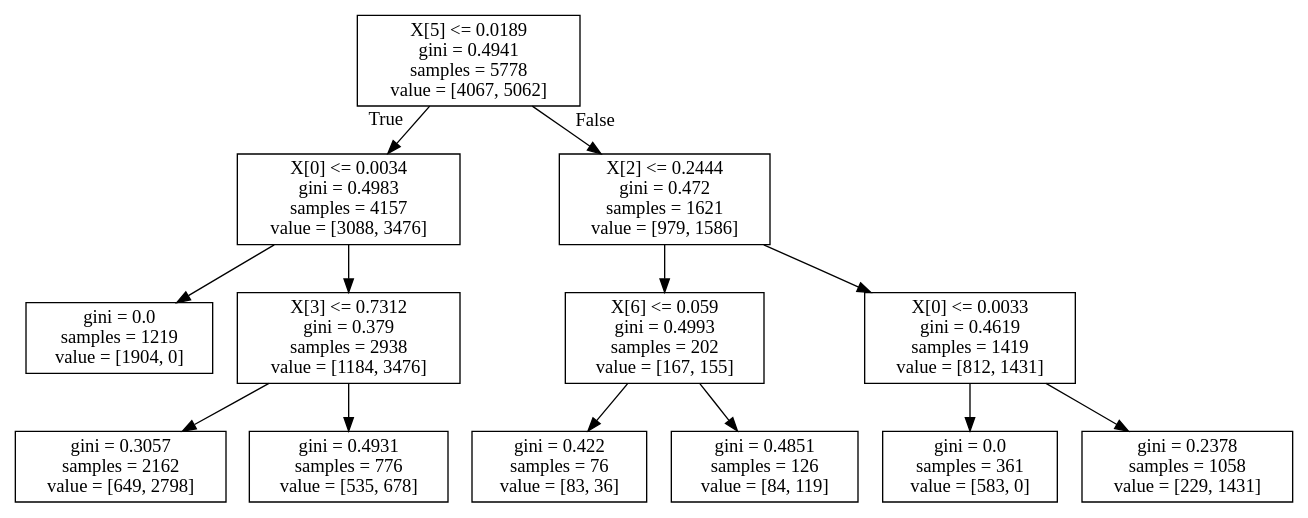
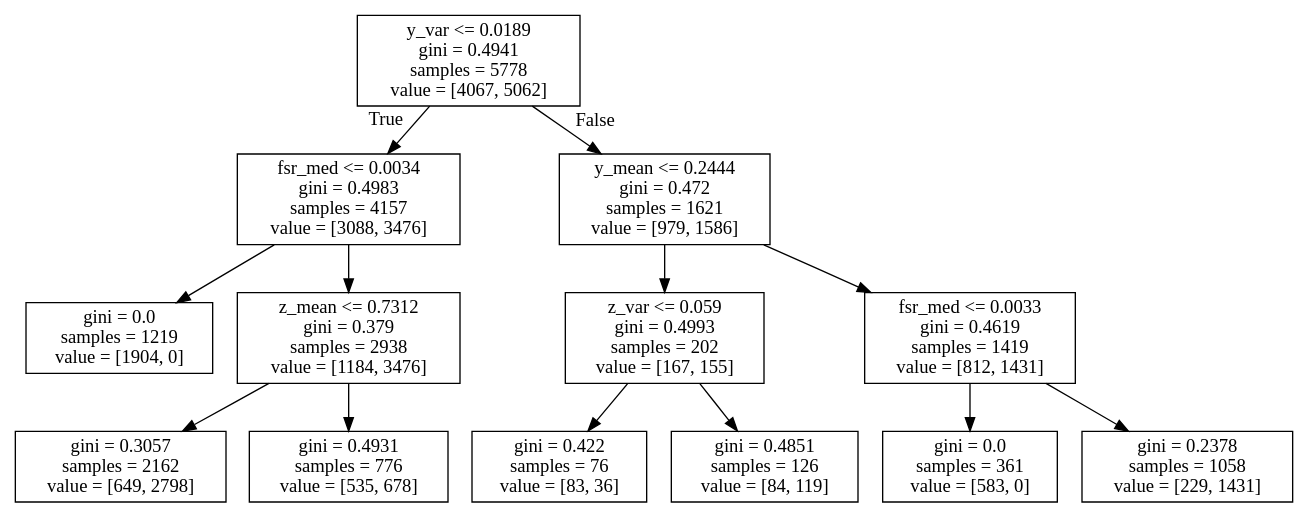
One commit to dannygosain1/goyo changed the diagram in dip/random_forest_renders/tree_7.dot. Above: the diagram before and after it, drawn with Graphviz. The commit also changed 9 other files, not shown here.

```diff
--- a/dip/random_forest_renders/tree_7.dot
+++ b/dip/random_forest_renders/tree_7.dot
@@ -1,28 +1,28 @@
 digraph Tree {
 node [shape=box] ;
-0 [label="X[5] <= 0.0189\ngini = 0.4941\nsamples = 5778\nvalue = [4067, 5062]"] ;
-1 [label="X[0] <= 0.0034\ngini = 0.4983\nsamples = 4157\nvalue = [3088, 3476]"] ;
+0 [label="y_var <= 0.0189\ngini = 0.4941\nsamples = 5778\nvalue = [4067, 5062]"] ;
+1 [label="fsr_med <= 0.0034\ngini = 0.4983\nsamples = 4157\nvalue = [3088, 3476]"] ;
 0 -> 1 [labeldistance=2.5, labelangle=45, headlabel="True"] ;
 2 [label="gini = 0.0\nsamples = 1219\nvalue = [1904, 0]"] ;
 1 -> 2 ;
-3 [label="X[3] <= 0.7312\ngini = 0.379\nsamples = 2938\nvalue = [1184, 3476]"] ;
+3 [label="z_mean <= 0.7312\ngini = 0.379\nsamples = 2938\nvalue = [1184, 3476]"] ;
 1 -> 3 ;
 4 [label="gini = 0.3057\nsamples = 2162\nvalue = [649, 2798]"] ;
 3 -> 4 ;
 5 [label="gini = 0.4931\nsamples = 776\nvalue = [535, 678]"] ;
 3 -> 5 ;
-6 [label="X[2] <= 0.2444\ngini = 0.472\nsamples = 1621\nvalue = [979, 1586]"] ;
+6 [label="y_mean <= 0.2444\ngini = 0.472\nsamples = 1621\nvalue = [979, 1586]"] ;
 0 -> 6 [labeldistance=2.5, labelangle=-45, headlabel="False"] ;
-7 [label="X[6] <= 0.059\ngini = 0.4993\nsamples = 202\nvalue = [167, 155]"] ;
+7 [label="z_var <= 0.059\ngini = 0.4993\nsamples = 202\nvalue = [167, 155]"] ;
 6 -> 7 ;
 8 [label="gini = 0.422\nsamples = 76\nvalue = [83, 36]"] ;
 7 -> 8 ;
 9 [label="gini = 0.4851\nsamples = 126\nvalue = [84, 119]"] ;
 7 -> 9 ;
-10 [label="X[0] <= 0.0033\ngini = 0.4619\nsamples = 1419\nvalue = [812, 1431]"] ;
+10 [label="fsr_med <= 0.0033\ngini = 0.4619\nsamples = 1419\nvalue = [812, 1431]"] ;
 6 -> 10 ;
 11 [label="gini = 0.0\nsamples = 361\nvalue = [583, 0]"] ;
 10 -> 11 ;
 12 [label="gini = 0.2378\nsamples = 1058\nvalue = [229, 1431]"] ;
 10 -> 12 ;
 }
```
